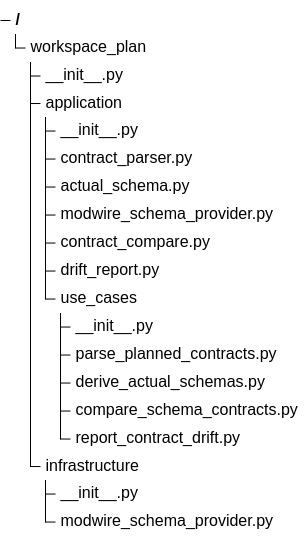
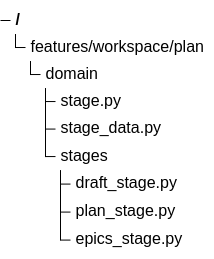
One commit to 9orky/enclosure changed the third of 3 diagrams in .enclosure/plans/planning-workflow/epics/schema-contract-verification/SCHEMAS.md. Above: the diagram before and after it, drawn with Mermaid. The commit also changed other lines of this file and 49 other files, not shown here.

````diff
--- a/.enclosure/plans/planning-workflow/epics/schema-contract-verification/SCHEMAS.md
+++ b/.enclosure/plans/planning-workflow/epics/schema-contract-verification/SCHEMAS.md
@@ -157,23 +126,13 @@
 ```mermaid
 %% contract: files
-%%{init: {"theme": "base", "themeVariables": {"labelColor": "#172033", "lineColor": "#64748b"}}}%%
+%%{init: {"theme": "base", "themeVariables": {"primaryColor": "#ecfdf5", "primaryTextColor": "#064e3b", "primaryBorderColor": "#059669", "labelColor": "#064e3b", "lineColor": "#059669", "tertiaryColor": "#f0fdf4"}}}%%
 treeView-beta
-  "workspace_plan"
-    "__init__.py"
-    "application"
-      "__init__.py"
-      "contract_parser.py"
-      "actual_schema.py"
-      "modwire_schema_provider.py"
-      "contract_compare.py"
-      "drift_report.py"
-      "use_cases"
-        "__init__.py"
-        "parse_planned_contracts.py"
-        "derive_actual_schemas.py"
-        "compare_schema_contracts.py"
-        "report_contract_drift.py"
-    "infrastructure"
-      "__init__.py"
-      "modwire_schema_provider.py"
+  "features/workspace/plan"
+    "domain"
+      "stage.py"
+      "stage_data.py"
+      "stages"
+        "draft_stage.py"
+        "plan_stage.py"
+        "epics_stage.py"
 ```
````
